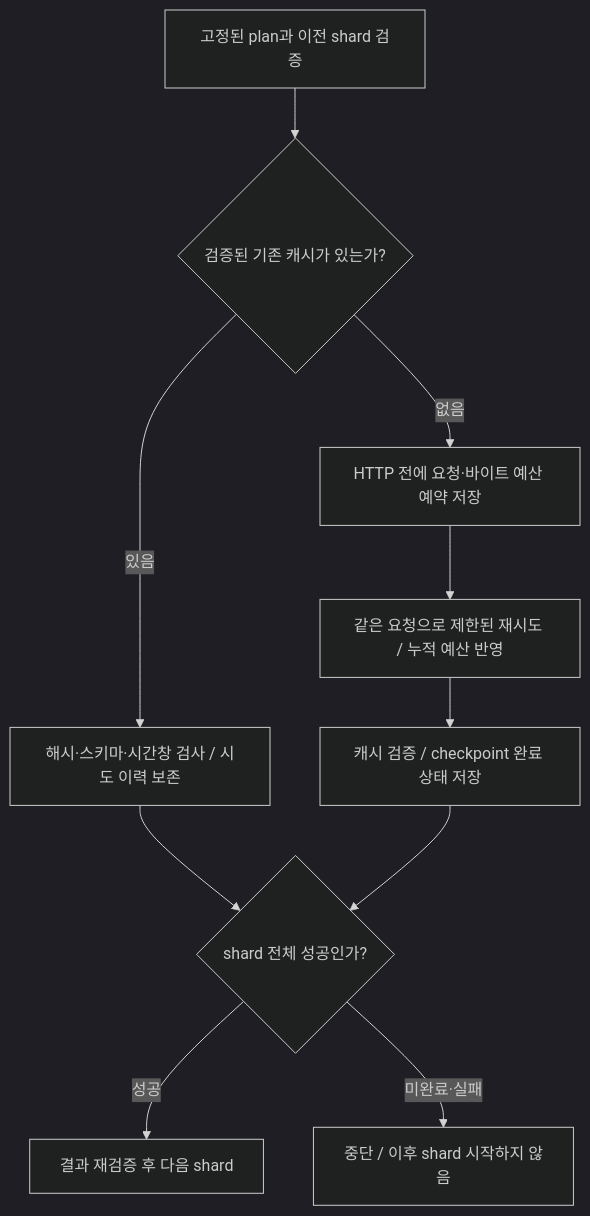
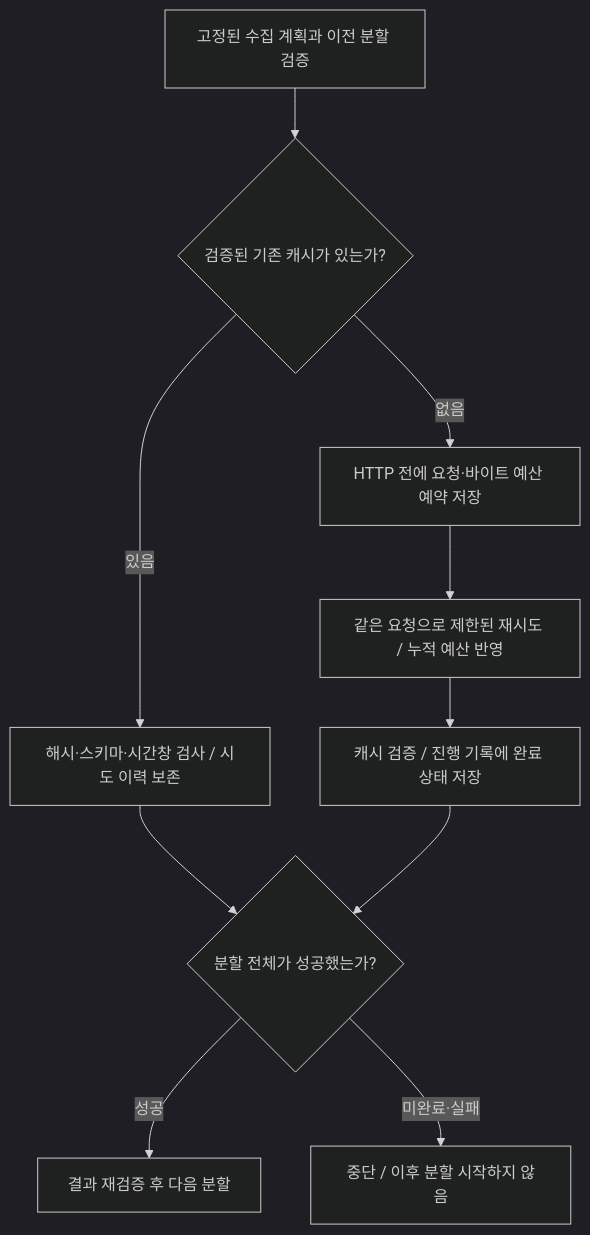
Before and after one commit to Peter-jackson12/Airplane: the third of 3 diagrams in README.md, drawn with Mermaid (dark theme). The commit also changed other lines of this file and 10 other files, not shown here.

````diff
--- a/README.md
+++ b/README.md
@@ -352,12 +373,12 @@
 ```mermaid
 flowchart TD
-    A["고정된 plan과 이전 shard 검증"] --> B{"검증된 기존 캐시가 있는가?"}
+    A["고정된 수집 계획과 이전 분할 검증"] --> B{"검증된 기존 캐시가 있는가?"}
     B -->|있음| C["해시·스키마·시간창 검사 / 시도 이력 보존"]
     B -->|없음| D["HTTP 전에 요청·바이트 예산 예약 저장"]
     D --> E["같은 요청으로 제한된 재시도 / 누적 예산 반영"]
-    E --> F["캐시 검증 / checkpoint 완료 상태 저장"]
-    C --> G{"shard 전체 성공인가?"}
+    E --> F["캐시 검증 / 진행 기록에 완료 상태 저장"]
+    C --> G{"분할 전체가 성공했는가?"}
     F --> G
-    G -->|성공| H["결과 재검증 후 다음 shard"]
-    G -->|미완료·실패| I["중단 / 이후 shard 시작하지 않음"]
+    G -->|성공| H["결과 재검증 후 다음 분할"]
+    G -->|미완료·실패| I["중단 / 이후 분할 시작하지 않음"]
 ```
````
